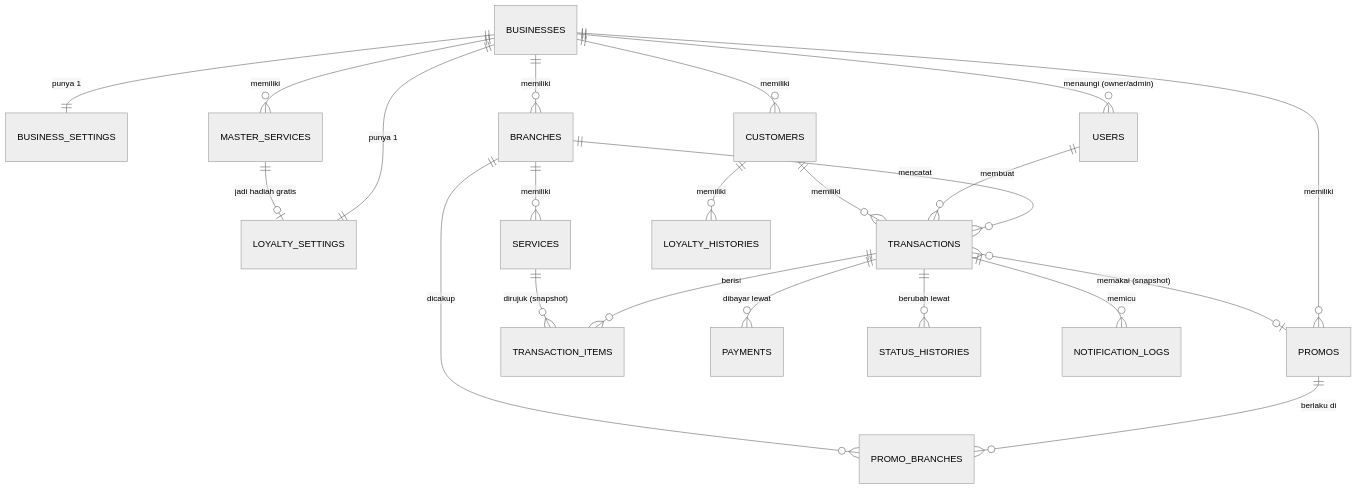
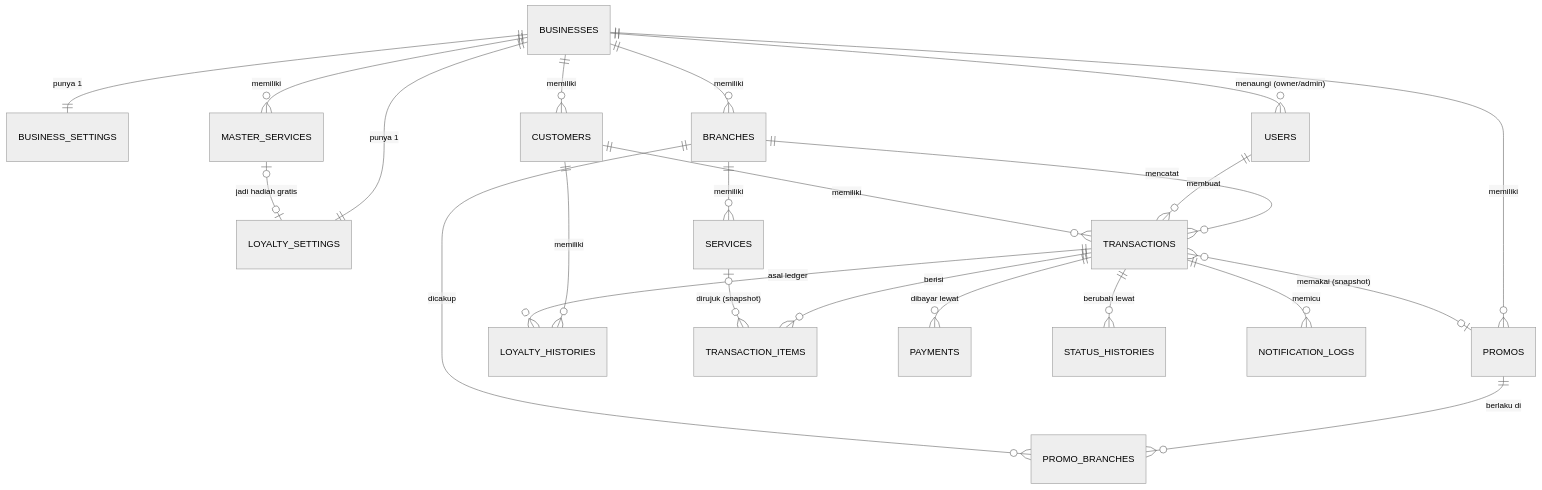
The diagram in docs/initiate-file/database-schema.md (cleveradit/ceklaundry), drawn with Mermaid (neutral theme) before and after one commit. The commit also changed other lines of this file and 10 other files, not shown here.

````diff
--- a/docs/initiate-file/database-schema.md
+++ b/docs/initiate-file/database-schema.md
@@ -11,24 +11,25 @@
 ```mermaid
 erDiagram
     BUSINESSES ||--|| BUSINESS_SETTINGS : "punya 1"
     BUSINESSES ||--o{ BRANCHES : "memiliki"
     BUSINESSES ||--o{ USERS : "menaungi (owner/admin)"
     BUSINESSES ||--o{ MASTER_SERVICES : "memiliki"
     BUSINESSES ||--o{ CUSTOMERS : "memiliki"
     BUSINESSES ||--o{ PROMOS : "memiliki"
     BUSINESSES ||--|| LOYALTY_SETTINGS : "punya 1"
     BRANCHES ||--o{ SERVICES : "memiliki"
     BRANCHES ||--o{ TRANSACTIONS : "mencatat"
     USERS ||--o{ TRANSACTIONS : "membuat"
     CUSTOMERS ||--o{ TRANSACTIONS : "memiliki"
     CUSTOMERS ||--o{ LOYALTY_HISTORIES : "memiliki"
     TRANSACTIONS ||--o{ TRANSACTION_ITEMS : "berisi"
     TRANSACTIONS ||--o{ PAYMENTS : "dibayar lewat"
+    TRANSACTIONS ||--o{ LOYALTY_HISTORIES : "asal ledger"
     TRANSACTIONS ||--o{ STATUS_HISTORIES : "berubah lewat"
     TRANSACTIONS ||--o{ NOTIFICATION_LOGS : "memicu"
     TRANSACTIONS }o--o| PROMOS : "memakai (snapshot)"
-    SERVICES ||--o{ TRANSACTION_ITEMS : "dirujuk (snapshot)"
+    SERVICES |o--o{ TRANSACTION_ITEMS : "dirujuk (snapshot)"
     PROMOS ||--o{ PROMO_BRANCHES : "berlaku di"
     BRANCHES ||--o{ PROMO_BRANCHES : "dicakup"
-    MASTER_SERVICES ||--o| LOYALTY_SETTINGS : "jadi hadiah gratis"
+    MASTER_SERVICES |o--o| LOYALTY_SETTINGS : "jadi hadiah gratis"
 ```
````
